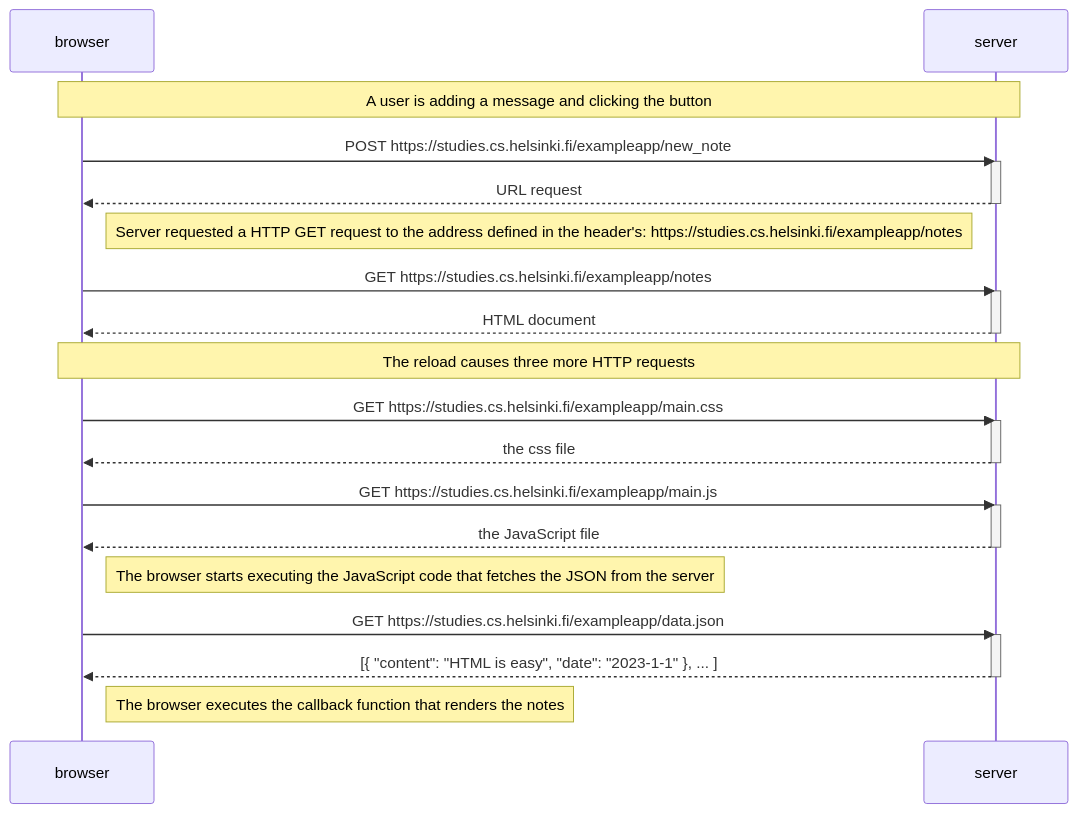
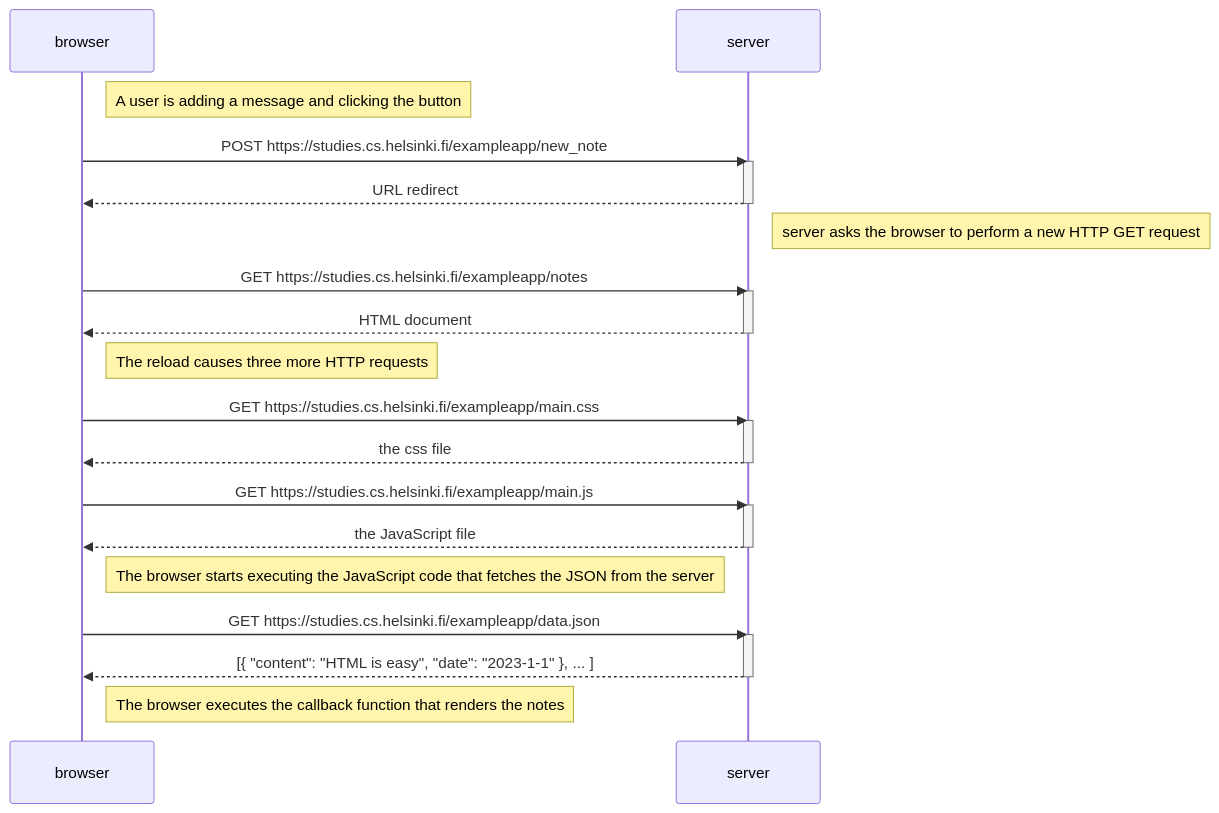
One commit to karolinakwasny/Full_Stack_open changed the diagram in part0/new_note_diagram.md. Above: the diagram before and after it, drawn with Mermaid.

Commit message:
0.4 vs 5

````diff
--- a/part0/new_note_diagram.md
+++ b/part0/new_note_diagram.md
@@ -1,40 +1,40 @@
 ```mermaid
 sequenceDiagram
     participant browser
     participant server
 
-    Note over browser, server: A user is adding a message and clicking the button
+    Note right of browser: A user is adding a message and clicking the button
 
     browser->>server: POST https://studies.cs.helsinki.fi/exampleapp/new_note
     activate server
-    server-->>browser: URL request
+    server-->>browser: URL redirect
     deactivate server
 
-    Note right of browser: Server requested a HTTP GET request to the address defined in the header's: https://studies.cs.helsinki.fi/exampleapp/notes
+    Note right of server: server asks the browser to perform a new HTTP GET request
 
     browser->>server: GET https://studies.cs.helsinki.fi/exampleapp/notes
     activate server
     server-->>browser: HTML document
     deactivate server
 
-    Note over browser, server: The reload causes three more HTTP requests
+    Note right of browser: The reload causes three more HTTP requests
 
     browser->>server: GET https://studies.cs.helsinki.fi/exampleapp/main.css
     activate server
     server-->>browser: the css file
     deactivate server
 
     browser->>server: GET https://studies.cs.helsinki.fi/exampleapp/main.js
     activate server
     server-->>browser: the JavaScript file
     deactivate server
 
     Note right of browser: The browser starts executing the JavaScript code that fetches the JSON from the server
 
     browser->>server: GET https://studies.cs.helsinki.fi/exampleapp/data.json
     activate server
     server-->>browser: [{ "content": "HTML is easy", "date": "2023-1-1" }, ... ]
     deactivate server
 
     Note right of browser: The browser executes the callback function that renders the notes
 ```
````
